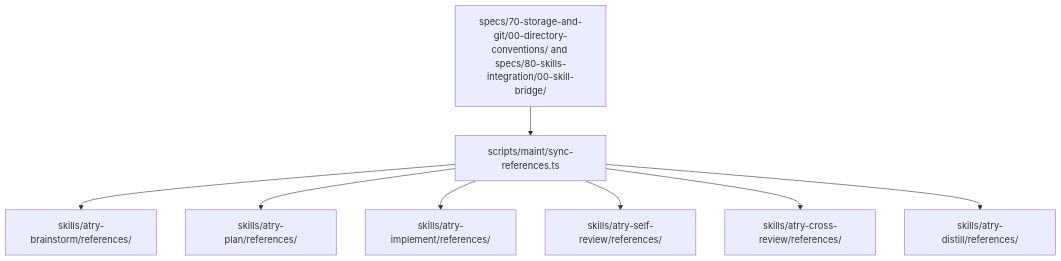
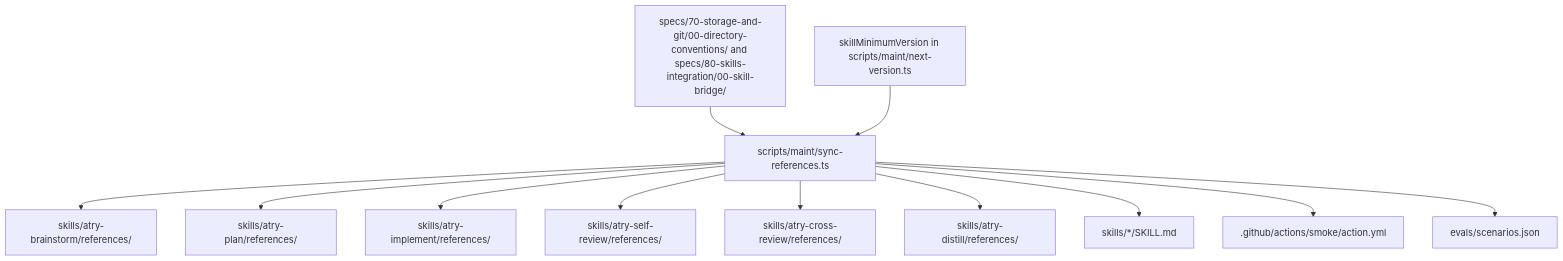
One commit to tranthethang/agent-relay changed the diagram in specs/80-skills-integration/20-sync-automation/sync-pipeline.md. Above: the diagram before and after it, drawn with Mermaid. The commit also changed other lines of this file, not shown here.

Commit message:
docs(sync): document the CLI floor sync

````diff
--- a/specs/80-skills-integration/20-sync-automation/sync-pipeline.md
+++ b/specs/80-skills-integration/20-sync-automation/sync-pipeline.md
@@ -7,10 +7,14 @@
 ```mermaid
 graph TD
     Specs[specs/70-storage-and-git/00-directory-conventions/ and specs/80-skills-integration/00-skill-bridge/] --> Script[scripts/maint/sync-references.ts]
     Script --> Brainstorm[skills/atry-brainstorm/references/]
     Script --> Plan[skills/atry-plan/references/]
     Script --> Implement[skills/atry-implement/references/]
     Script --> SelfReview[skills/atry-self-review/references/]
     Script --> CrossReview[skills/atry-cross-review/references/]
     Script --> Distill[skills/atry-distill/references/]
+    Floor[skillMinimumVersion in scripts/maint/next-version.ts] --> Script
+    Script --> SkillMd[skills/*/SKILL.md]
+    Script --> Smoke[.github/actions/smoke/action.yml]
+    Script --> Scenarios[evals/scenarios.json]
 ```
````
